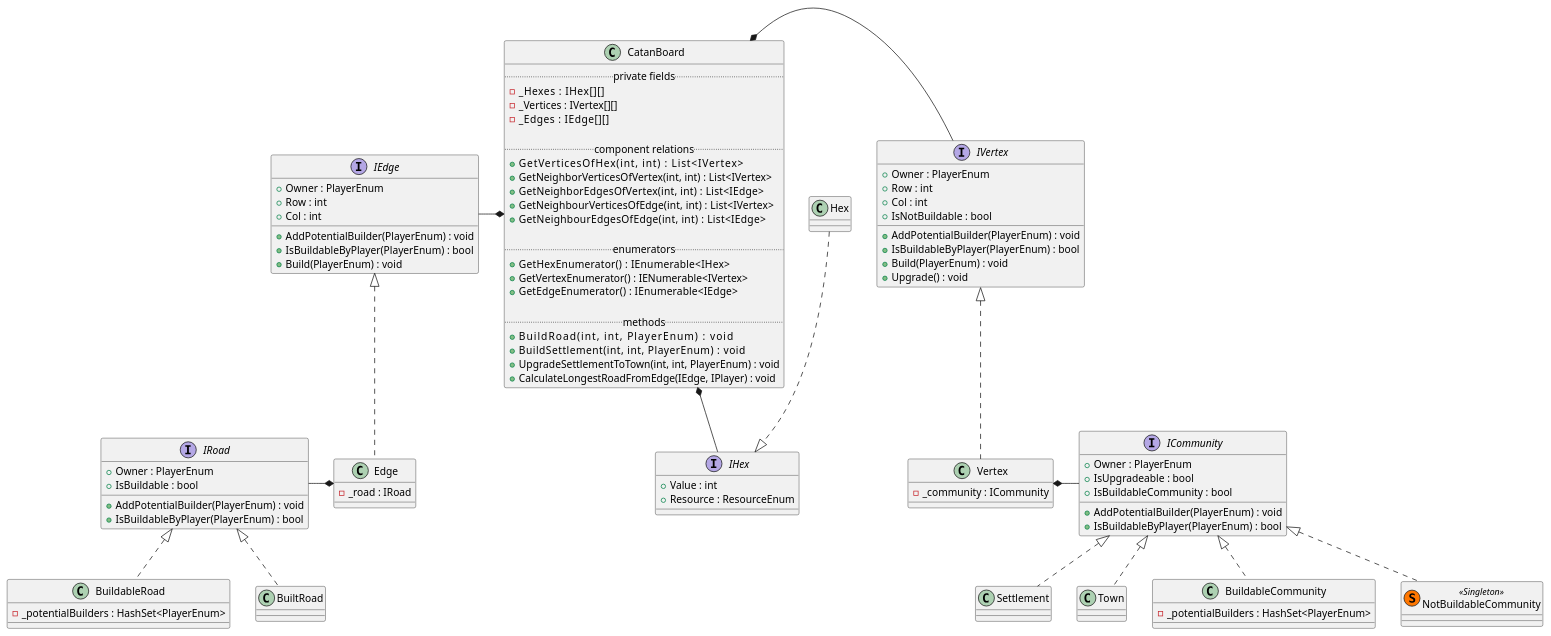
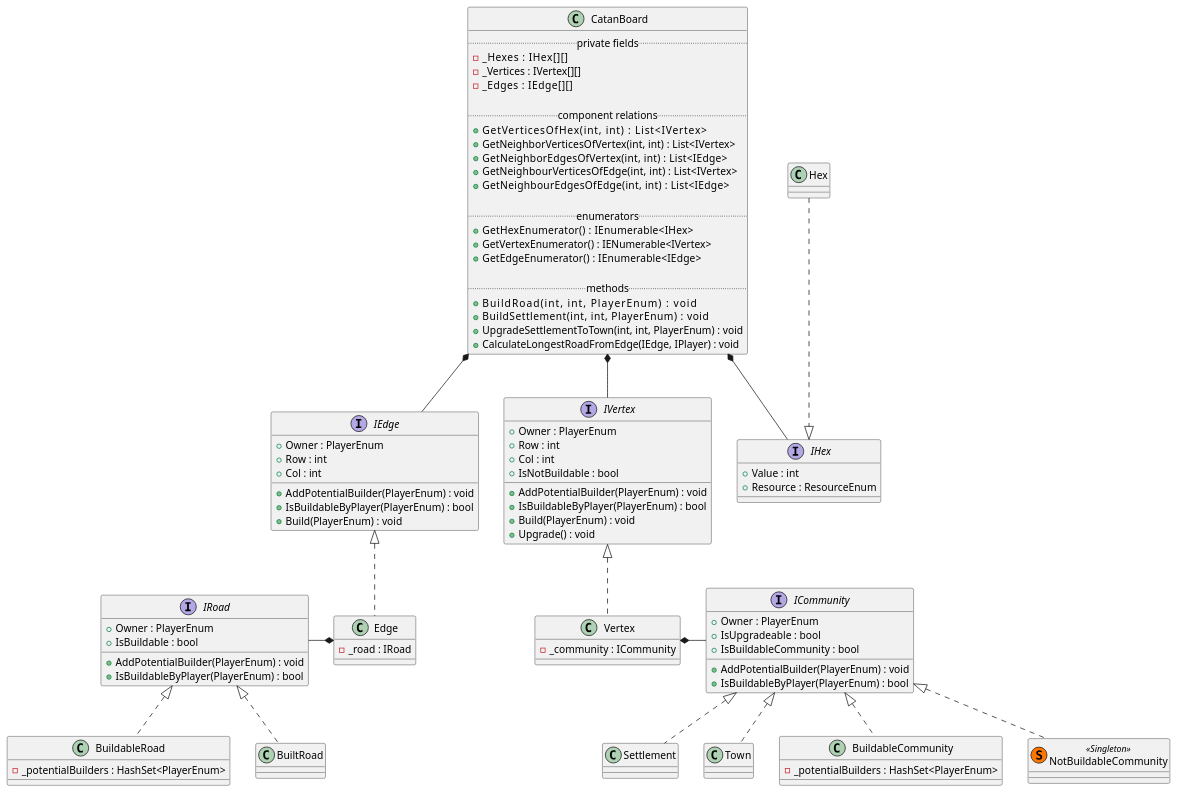
One commit to jacintfodor/Catan changed the diagram in documentation/plantuml/board.iuml. Above: the diagram before and after it, drawn with PlantUML.

```diff
--- a/documentation/plantuml/board.iuml
+++ b/documentation/plantuml/board.iuml
@@ -1,108 +1,108 @@
 @startuml
 class CatanBoard {
     ..private fields..
 	-_Hexes    : IHex[][]
     -_Vertices : IVertex[][]
     -_Edges    : IEdge[][]
     
 	..component relations..
     +GetVerticesOfHex(int, int)             : List<IVertex>
     +GetNeighborVerticesOfVertex(int, int)  : List<IVertex>
     +GetNeighborEdgesOfVertex(int, int)     : List<IEdge>
     +GetNeighbourVerticesOfEdge(int, int)   : List<IVertex>
     +GetNeighbourEdgesOfEdge(int, int)      : List<IEdge>
     
 	..enumerators..
     +GetHexEnumerator()    : IEnumerable<IHex>
     +GetVertexEnumerator() : IENumerable<IVertex>
     +GetEdgeEnumerator()   : IEnumerable<IEdge>
 
     ..methods..
     +BuildRoad(int, int, PlayerEnum)               : void
     +BuildSettlement(int, int, PlayerEnum)         : void
     +UpgradeSettlementToTown(int, int, PlayerEnum) : void
     +CalculateLongestRoadFromEdge(IEdge, IPlayer) : void
 }
 
 interface IVertex
 {
     +Owner : PlayerEnum
     +Row : int
     +Col : int
     +AddPotentialBuilder(PlayerEnum) : void
     +IsBuildableByPlayer(PlayerEnum) : bool
     +IsNotBuildable : bool
     +Build(PlayerEnum) : void
     +Upgrade() : void
 }
 
 class Vertex implements IVertex{
     -_community : ICommunity
 }
 
 interface ICommunity{
     +Owner : PlayerEnum
     +AddPotentialBuilder(PlayerEnum) : void
     +IsBuildableByPlayer(PlayerEnum) : bool
     +IsUpgradeable : bool
     +IsBuildableCommunity : bool
 }
 
 Vertex *-right- ICommunity
 
 class BuildableCommunity implements ICommunity
 {
     -_potentialBuilders : HashSet<PlayerEnum>
 }
 class NotBuildableCommunity << (S,#FF7700) Singleton >> implements ICommunity
 class Settlement implements ICommunity
 class Town implements ICommunity
 
 interface IEdge 
 {
     +Owner : PlayerEnum
     +Row : int
     +Col : int
     +AddPotentialBuilder(PlayerEnum) : void
     +IsBuildableByPlayer(PlayerEnum) : bool
     +Build(PlayerEnum) : void
 }
 
 class Edge implements IEdge
 {
     -_road : IRoad
 }
 
 interface IRoad
 {
     +Owner : PlayerEnum
     +IsBuildable : bool
     +AddPotentialBuilder(PlayerEnum) : void
     +IsBuildableByPlayer(PlayerEnum) : bool
 }
 Edge *-left- IRoad
 
 class BuildableRoad implements IRoad
 {
     -_potentialBuilders : HashSet<PlayerEnum>
 }
 
 class BuiltRoad implements IRoad
 
 interface IHex
 {
     +Value : int
     +Resource : ResourceEnum
 }
 
 class Hex
 {
     
 }
 
-Hex .down.|> IHex
-CatanBoard *-right- IVertex
-CatanBoard *-left- IEdge
+Hex ..|> IHex
+CatanBoard *-- IVertex
+CatanBoard *-- IEdge
 CatanBoard *-- IHex
 
 @enduml
```
